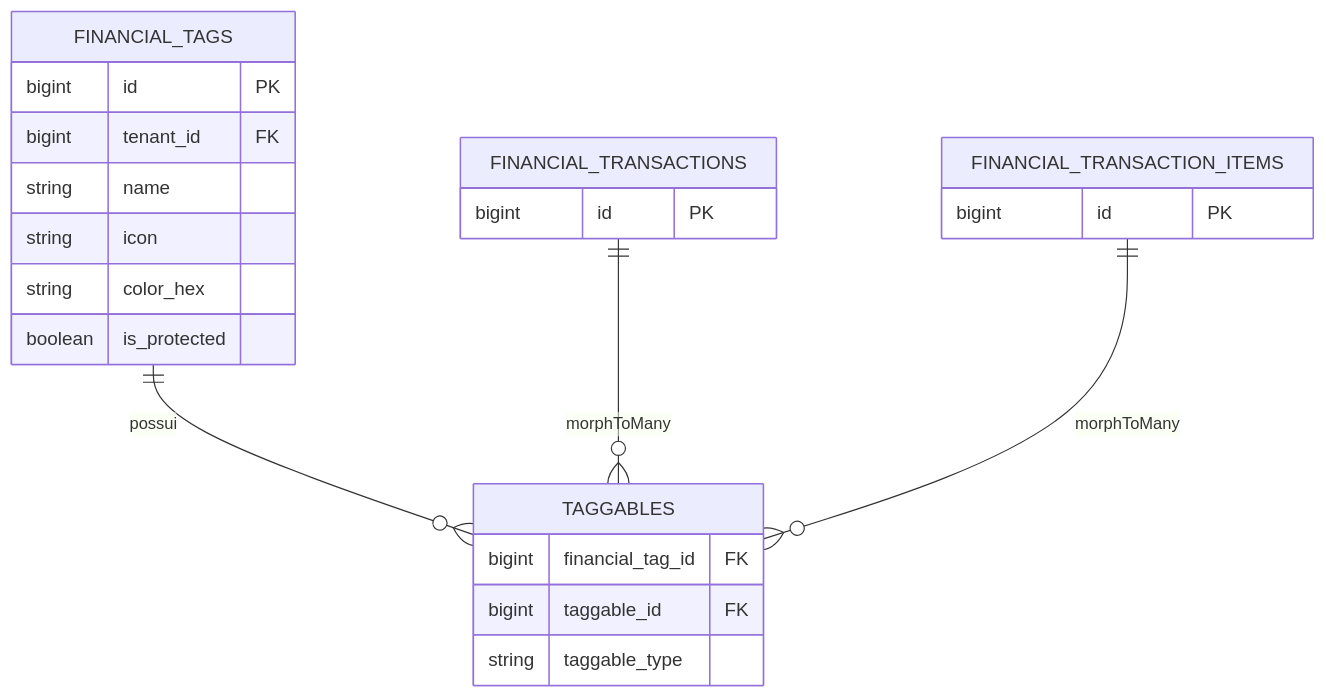
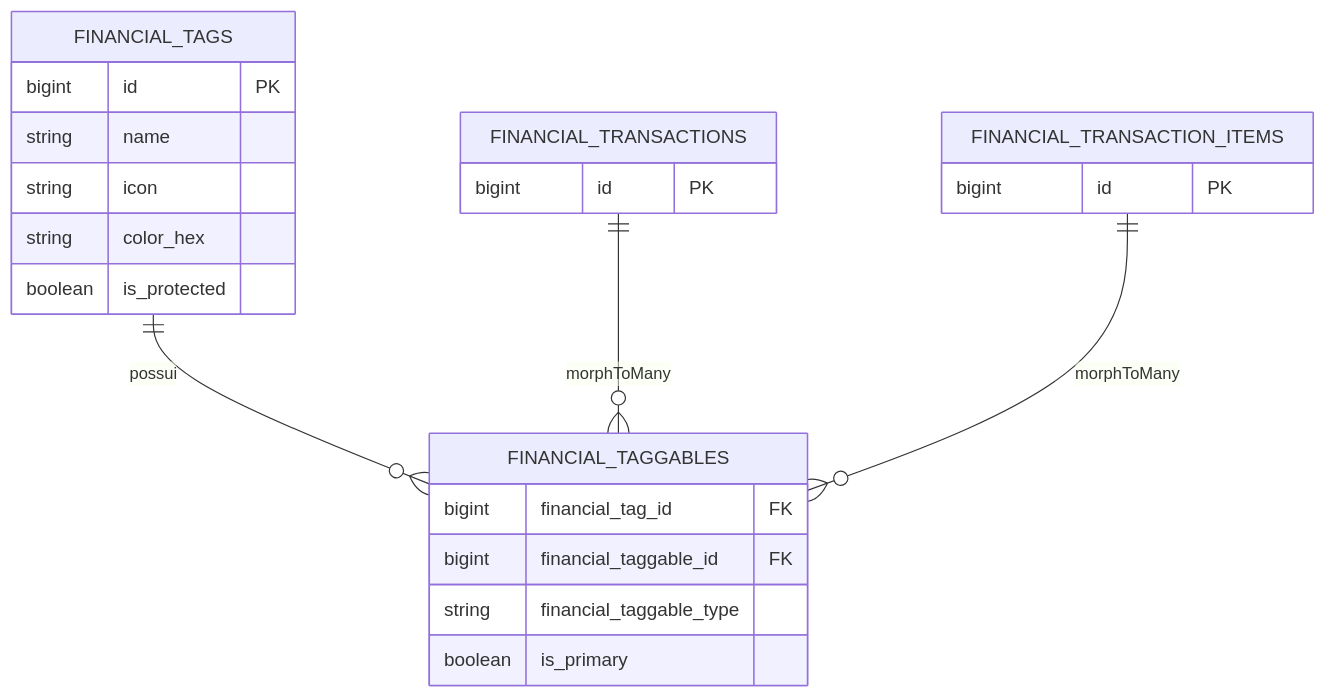
The diagram in docs/content/docs/modulos/financas/tags.md (ArthurWillers/james), drawn with Mermaid before and after one commit. The commit also changed other lines of this file and 16 other files, not shown here.

````diff
--- a/docs/content/docs/modulos/financas/tags.md
+++ b/docs/content/docs/modulos/financas/tags.md
@@ -31,26 +31,26 @@
 ```mermaid
 erDiagram
     FINANCIAL_TAGS {
         bigint id PK
-        bigint tenant_id FK
         string name
         string icon
         string color_hex
         boolean is_protected
     }
-    TAGGABLES {
+    FINANCIAL_TAGGABLES {
         bigint financial_tag_id FK
-        bigint taggable_id FK
-        string taggable_type
+        bigint financial_taggable_id FK
+        string financial_taggable_type
+        boolean is_primary
     }
     FINANCIAL_TRANSACTIONS {
         bigint id PK
     }
     FINANCIAL_TRANSACTION_ITEMS {
         bigint id PK
     }
 
-    FINANCIAL_TAGS ||--o{ TAGGABLES : "possui"
-    FINANCIAL_TRANSACTIONS ||--o{ TAGGABLES : "morphToMany"
-    FINANCIAL_TRANSACTION_ITEMS ||--o{ TAGGABLES : "morphToMany"
+    FINANCIAL_TAGS ||--o{ FINANCIAL_TAGGABLES : "possui"
+    FINANCIAL_TRANSACTIONS ||--o{ FINANCIAL_TAGGABLES : "morphToMany"
+    FINANCIAL_TRANSACTION_ITEMS ||--o{ FINANCIAL_TAGGABLES : "morphToMany"
 ```
````
